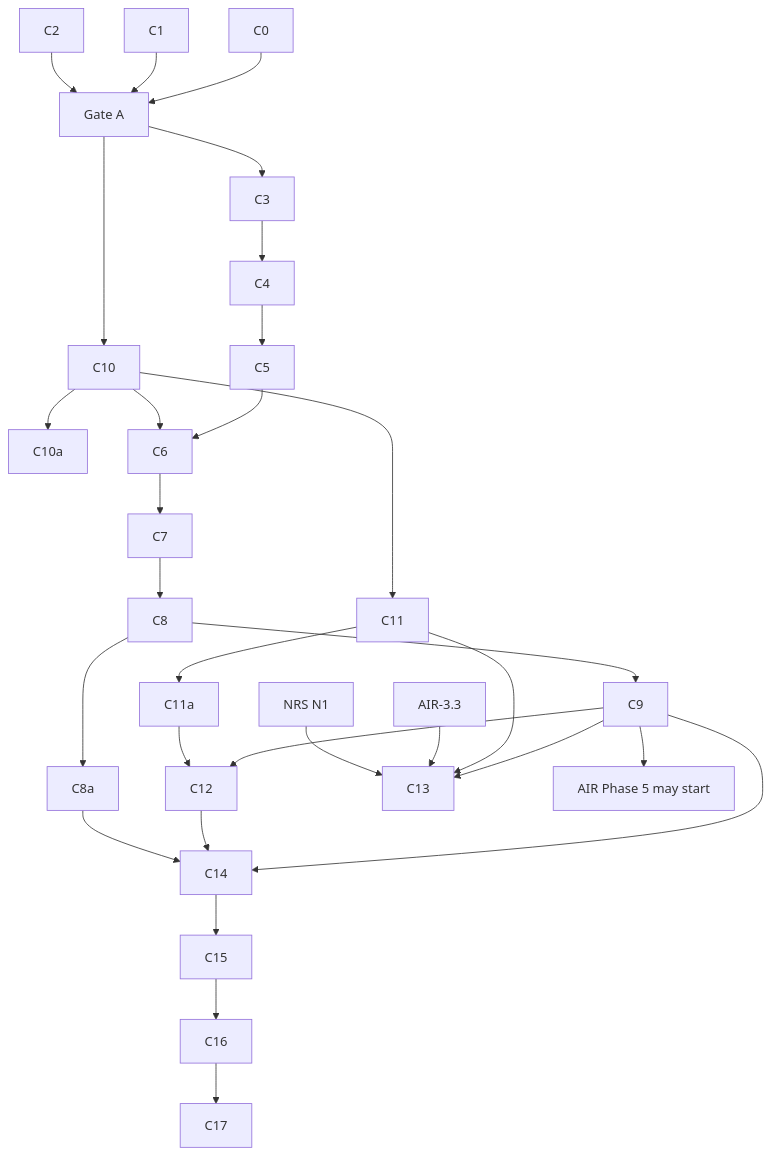
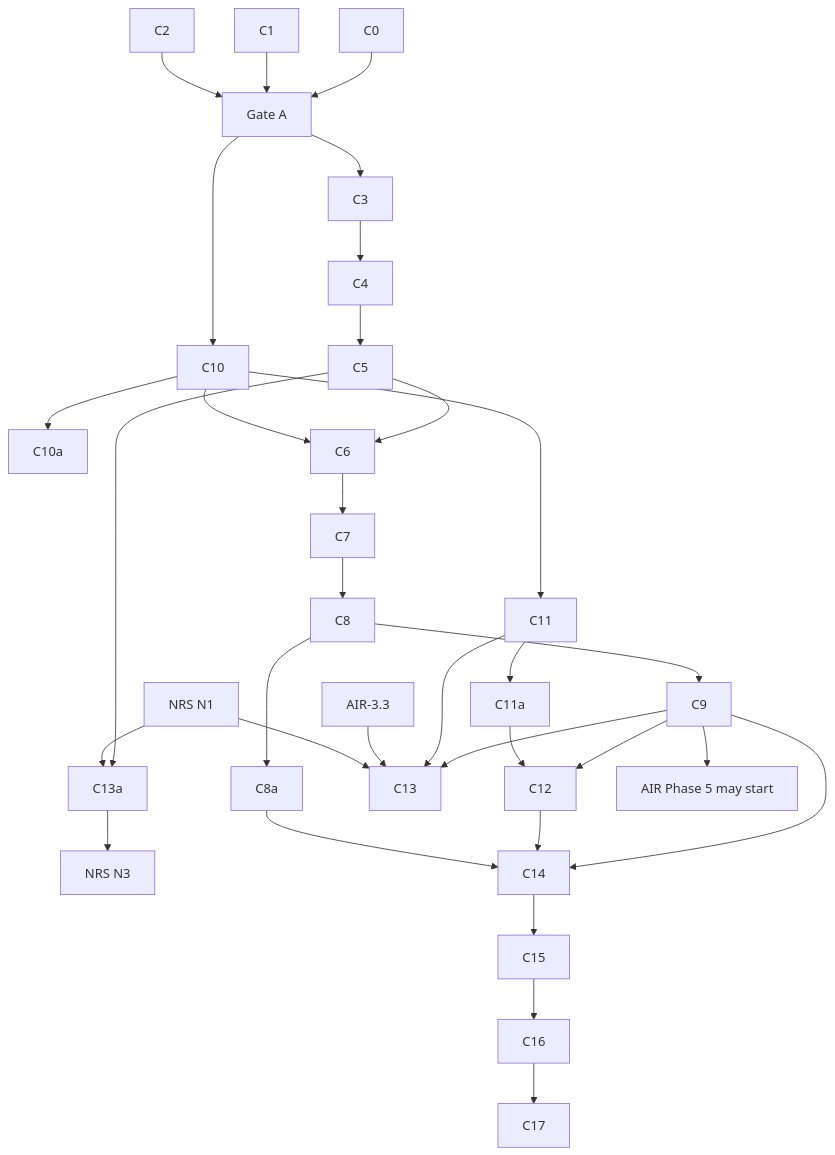
Before and after one commit to nebularis/lattice: the diagram in docs/developer/plans/computable-contract-substrate.md, drawn with Mermaid. The commit also changed other lines of this file and 5 other files, not shown here.

````diff
--- a/docs/developer/plans/computable-contract-substrate.md
+++ b/docs/developer/plans/computable-contract-substrate.md
@@ -646,16 +784,18 @@
 ```mermaid
 flowchart TB
     C0 & C1 & C2 --> GA["Gate A"]
     GA --> C3 --> C4 --> C5
     GA --> C10 --> C11 --> C11a
     C10 --> C10a
     C5 & C10 --> C6 --> C7 --> C8 --> C8a
     C8 --> C9
     C9 & C11a --> C12
     C9 & C11 --> C13
+    C5 & N1 --> C13a
+    C13a --> N3["NRS N3"]
     AIR33["AIR-3.3"] --> C13
     N1["NRS N1"] --> C13
     C9 & C12 --> C14 --> C15 --> C16 --> C17
     C8a --> C14
     C9 --> P5["AIR Phase 5 may start"]
 ```
````
